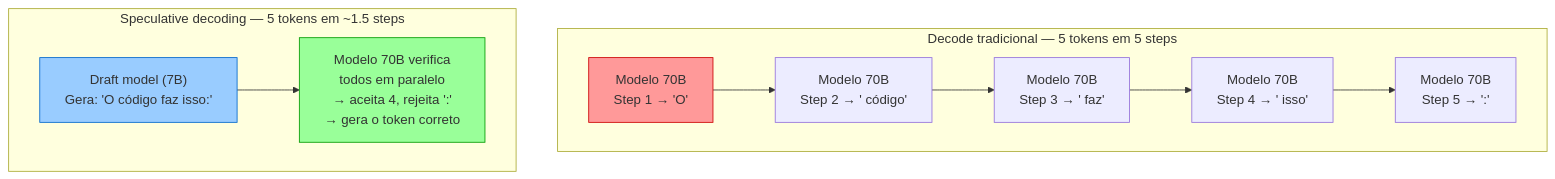
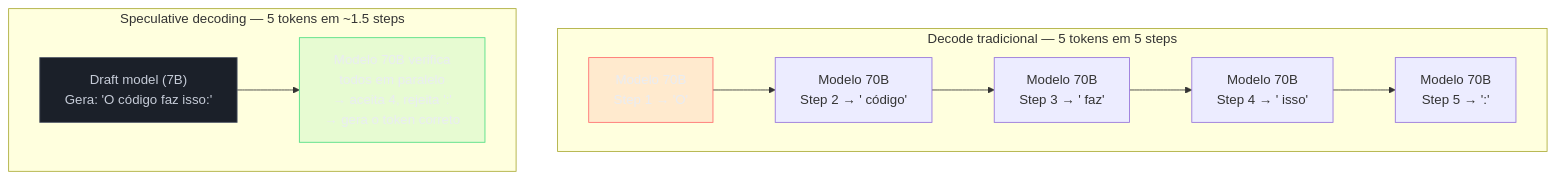
The fourth of 5 diagrams in 03-Dominios/Tecnologia/IA/Anatomia dos LLMs/14 - Streaming, batching e latência.md (josenaldo/codex-technomanticus), drawn with Mermaid before and after one commit. The commit also changed other lines of this file and 1181 other files, not shown here.

First line of the commit message:
fix(diagramas): paleta do sistema no lugar de cor cravada no markdown

````diff
--- a/03-Dominios/Tecnologia/IA/Anatomia dos LLMs/14 - Streaming, batching e latência.md
+++ b/03-Dominios/Tecnologia/IA/Anatomia dos LLMs/14 - Streaming, batching e latência.md
@@ -140,19 +145,22 @@
 ```mermaid
 graph TD
+    classDef falha fill:#FF6B6B24,stroke:#FF6B6B,color:#E9ECF2
+    classDef neutro fill:#1B2029,stroke:#4E5666,color:#C6CCD8
+    classDef ok fill:#4ADE8021,stroke:#4ADE80,color:#E9ECF2
     subgraph "Decode tradicional — 5 tokens em 5 steps"
         M1["Modelo 70B\nStep 1 → 'O'"]
         M2["Modelo 70B\nStep 2 → ' código'"]
         M3["Modelo 70B\nStep 3 → ' faz'"]
         M4["Modelo 70B\nStep 4 → ' isso'"]
         M5["Modelo 70B\nStep 5 → ':'"]
         M1 --> M2 --> M3 --> M4 --> M5
     end
     subgraph "Speculative decoding — 5 tokens em ~1.5 steps"
         D1["Draft model (7B)\nGera: 'O código faz isso:'"]
         V1["Modelo 70B verifica\ntodos em paralelo\n→ aceita 4, rejeita ':'\n→ gera o token correto"]
         D1 --> V1
     end
-    style M1 fill:#ff9999,stroke:#cc0000
-    style D1 fill:#99ccff,stroke:#0066cc
-    style V1 fill:#99ff99,stroke:#009900
+    class M1 falha
+    class D1 neutro
+    class V1 ok
 ```
````
